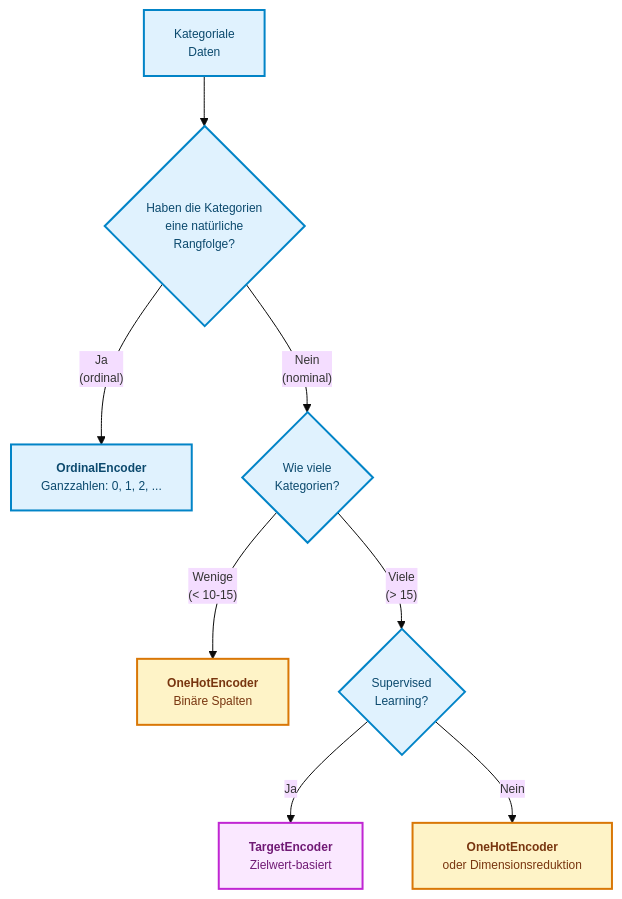
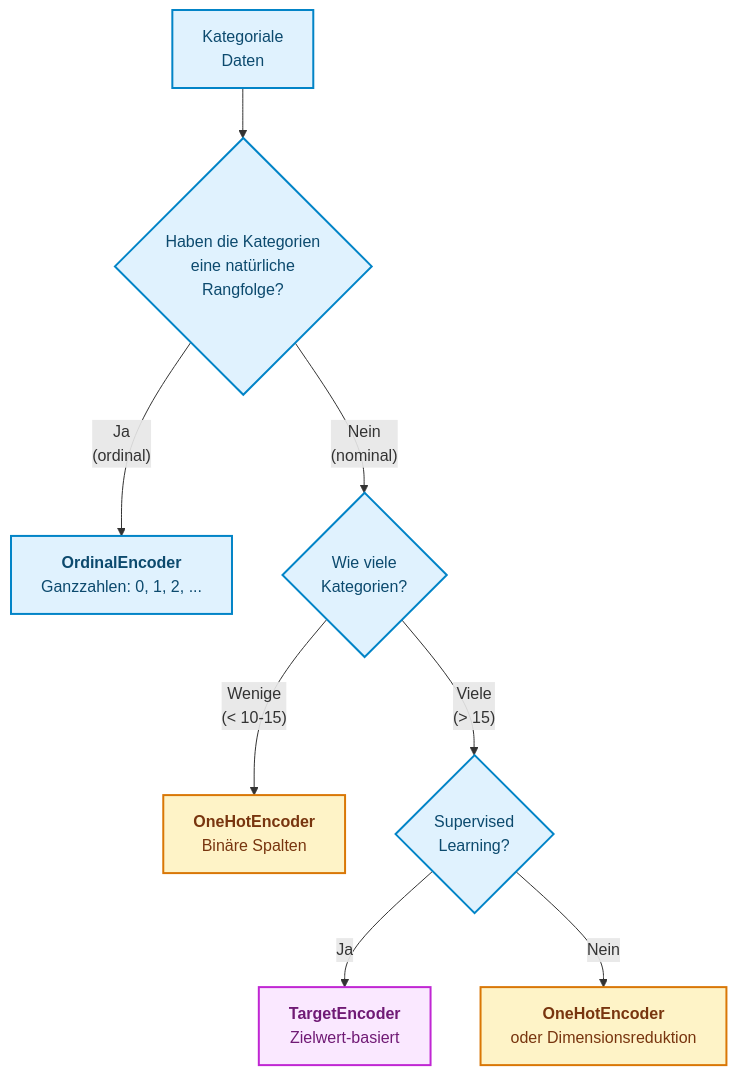
Before and after one commit to ralf-42/ML_Intro: the second of 6 diagrams in docs/concepts/prepare/kodierung_kategorialer_daten.md, drawn with Mermaid. The commit also changed other lines of this file and 49 other files, not shown here.

````diff
--- a/docs/concepts/prepare/kodierung_kategorialer_daten.md
+++ b/docs/concepts/prepare/kodierung_kategorialer_daten.md
@@ -66,22 +67,21 @@
 ```mermaid
-%%{init: {'theme': 'base', 'themeVariables': {'fontSize': '12px'}}}%%
 flowchart TD
     Start["Kategoriale<br/>Daten"] --> Q1{"Haben die Kategorien<br/>eine natürliche<br/>Rangfolge?"}
     
     Q1 -->|"Ja<br/>(ordinal)"| OE["<b>OrdinalEncoder</b><br/>Ganzzahlen: 0, 1, 2, ..."]
     
     Q1 -->|"Nein<br/>(nominal)"| Q2{"Wie viele<br/>Kategorien?"}
     
     Q2 -->|"Wenige<br/>(< 10-15)"| OHE["<b>OneHotEncoder</b><br/>Binäre Spalten"]
     
     Q2 -->|"Viele<br/>(> 15)"| Q3{"Supervised<br/>Learning?"}
     
     Q3 -->|"Ja"| TE["<b>TargetEncoder</b><br/>Zielwert-basiert"]
     Q3 -->|"Nein"| OHE2["<b>OneHotEncoder</b><br/>oder Dimensionsreduktion"]
 
 classDef default fill:#e0f2fe,stroke:#0284c7,stroke-width:2px,color:#0c4a6e;
 classDef metric fill:#fef3c7,stroke:#d97706,stroke-width:2px,color:#78350f;
 classDef target fill:#fae8ff,stroke:#c026d3,stroke-width:2px,color:#701a75;
 class OHE,OHE2 metric;
 class TE target;
 ```
````
